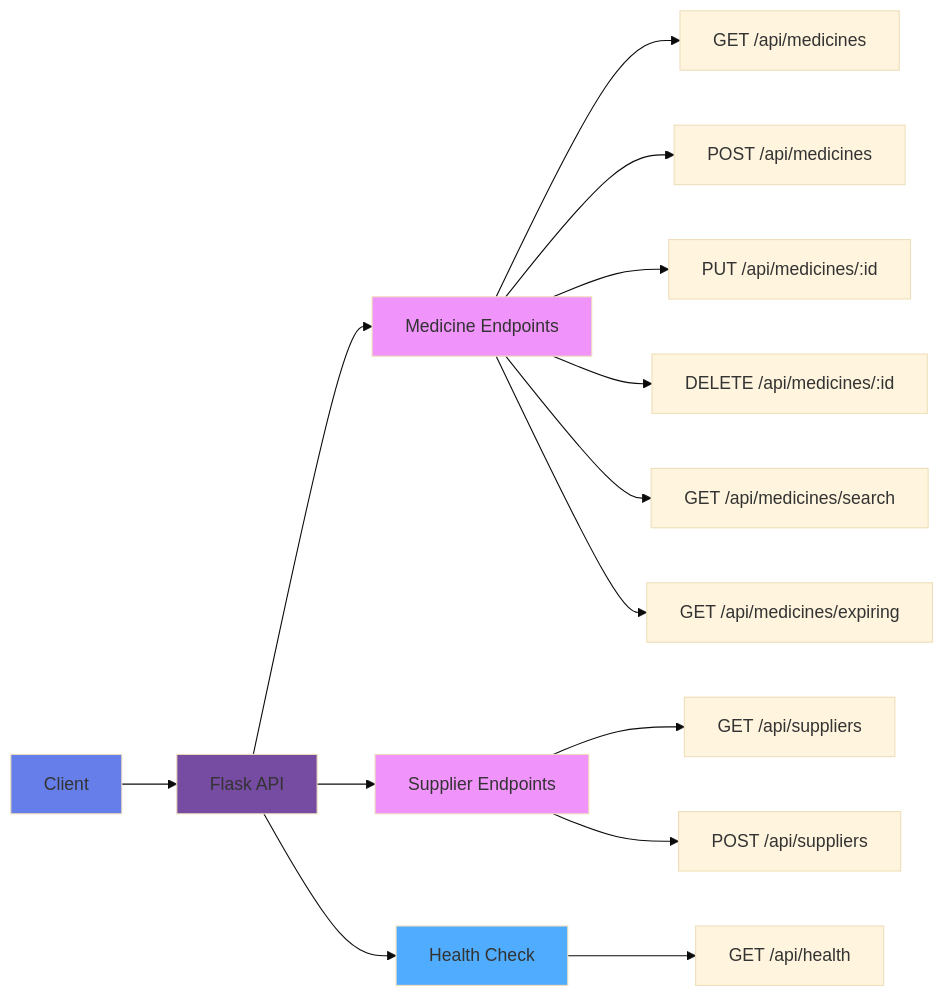
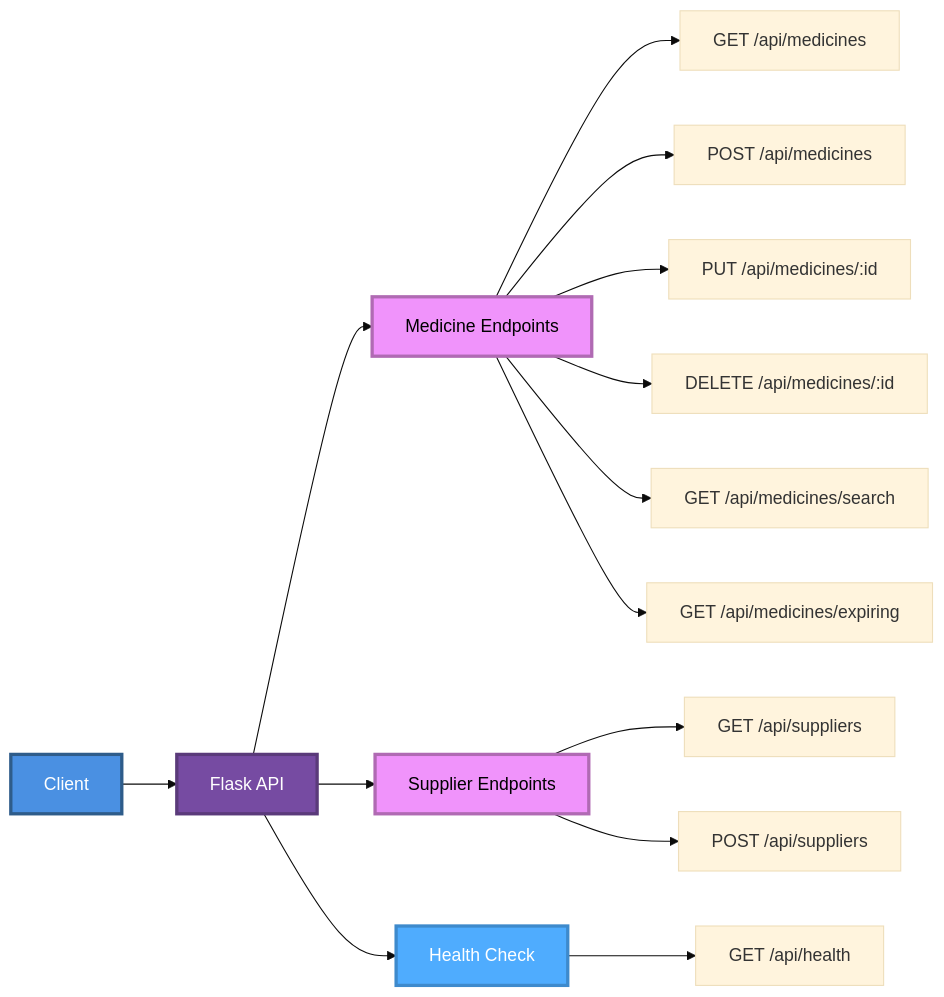
The ninth of 12 diagrams in README.md (SairajJadhav08/MEDLOCUS---Precision-Care-Through-Smart-Management), drawn with Mermaid (base theme) before and after one commit. The commit also changed other lines of this file, not shown here.

Commit message:
Update README: Fix GitHub rendering, improve logo layout, enhance mermaid diagrams

````diff
--- a/README.md
+++ b/README.md
@@ -734,25 +552,25 @@
 ```mermaid
 graph LR
-    A[Client] --> B[Flask API]
-    B --> C[Medicine Endpoints]
-    B --> D[Supplier Endpoints]
-    B --> E[Health Check]
+    A["Client"] --> B["Flask API"]
+    B --> C["Medicine Endpoints"]
+    B --> D["Supplier Endpoints"]
+    B --> E["Health Check"]
     
-    C --> C1[GET /api/medicines]
-    C --> C2[POST /api/medicines]
-    C --> C3[PUT /api/medicines/:id]
-    C --> C4[DELETE /api/medicines/:id]
-    C --> C5[GET /api/medicines/search]
-    C --> C6[GET /api/medicines/expiring]
+    C --> C1["GET /api/medicines"]
+    C --> C2["POST /api/medicines"]
+    C --> C3["PUT /api/medicines/:id"]
+    C --> C4["DELETE /api/medicines/:id"]
+    C --> C5["GET /api/medicines/search"]
+    C --> C6["GET /api/medicines/expiring"]
     
-    D --> D1[GET /api/suppliers]
-    D --> D2[POST /api/suppliers]
+    D --> D1["GET /api/suppliers"]
+    D --> D2["POST /api/suppliers"]
     
-    E --> E1[GET /api/health]
+    E --> E1["GET /api/health"]
     
-    style A fill:#667eea
-    style B fill:#764ba2
-    style C fill:#f093fb
-    style D fill:#f093fb
-    style E fill:#4facfe
+    style A fill:#4A90E2,stroke:#2E5C8A,stroke-width:3px,color:#FFFFFF
+    style B fill:#764ba2,stroke:#5A3A7A,stroke-width:3px,color:#FFFFFF
+    style C fill:#F093FB,stroke:#B06AB3,stroke-width:3px,color:#000000
+    style D fill:#F093FB,stroke:#B06AB3,stroke-width:3px,color:#000000
+    style E fill:#4FACFE,stroke:#3E8ACC,stroke-width:3px,color:#FFFFFF
 ```
````
